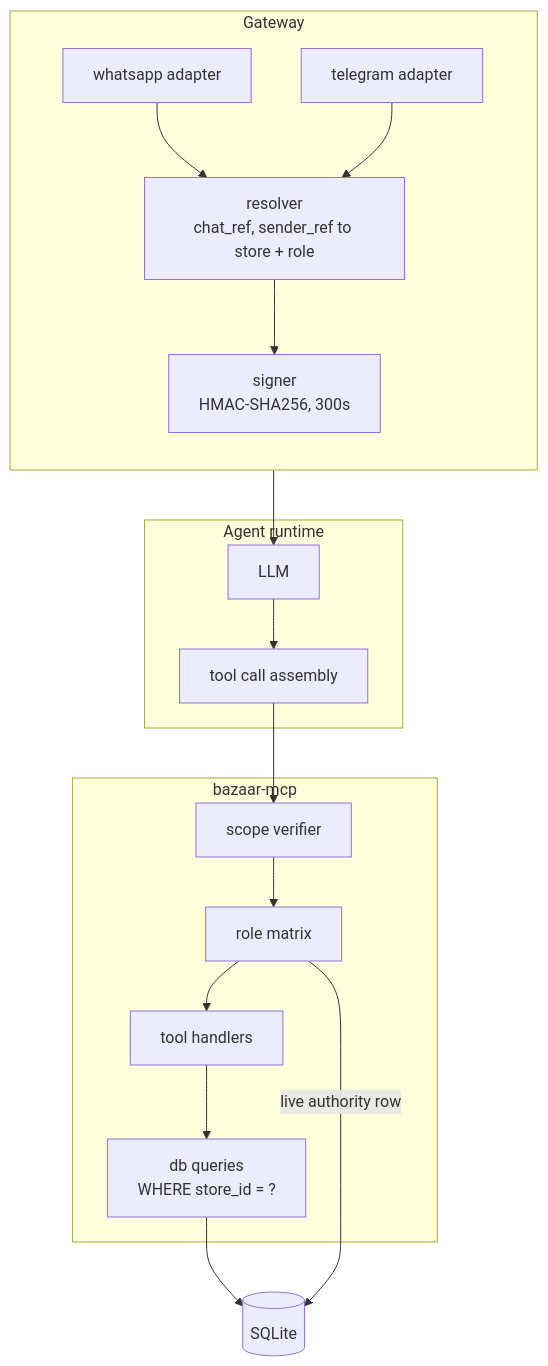
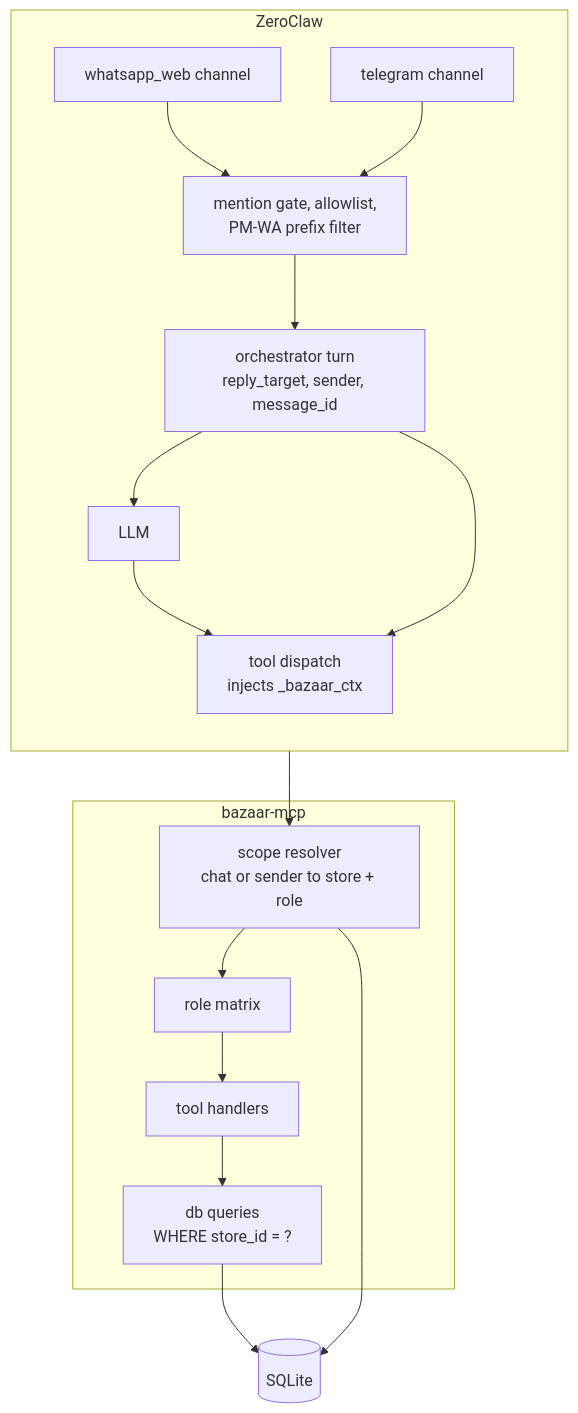
Before and after one commit to danielistyo/mini-bazaar: the second of 3 diagrams in docs/architecture.md, drawn with Mermaid. The commit also changed other lines of this file and 2 other files, not shown here.

First line of the commit message:
docs: reverse ADR 0001 to keep ZeroClaw as the identity source

````diff
--- a/docs/architecture.md
+++ b/docs/architecture.md
@@ -45,34 +44,32 @@
 ```mermaid
 flowchart TB
-    subgraph gw["Gateway"]
+    subgraph zc["ZeroClaw"]
         direction TB
-        ADW["whatsapp adapter"]
-        ADT["telegram adapter"]
-        RES["resolver<br/>chat_ref, sender_ref to store + role"]
-        SIGN["signer<br/>HMAC-SHA256, 300s"]
-        ADW --> RES
-        ADT --> RES
-        RES --> SIGN
-    end
-
-    subgraph ag["Agent runtime"]
+        ADW["whatsapp_web channel"]
+        ADT["telegram channel"]
+        GATE["mention gate, allowlist,<br/>PM-WA prefix filter"]
+        ORCH["orchestrator turn<br/>reply_target, sender, message_id"]
         LLM["LLM"]
-        TC["tool call assembly"]
-        LLM --> TC
+        DISP["tool dispatch<br/>injects _bazaar_ctx"]
+        ADW --> GATE
+        ADT --> GATE
+        GATE --> ORCH
+        ORCH --> LLM
+        LLM --> DISP
     end
 
     subgraph be["bazaar-mcp"]
-        VER["scope verifier"]
+        RES["scope resolver<br/>chat or sender to store + role"]
         ROL["role matrix"]
         HND["tool handlers"]
         QRY["db queries<br/>WHERE store_id = ?"]
-        VER --> ROL --> HND --> QRY
+        RES --> ROL --> HND --> QRY
     end
 
     DB[("SQLite")]
 
-    SIGN --> LLM
-    TC --> VER
+    ORCH --> DISP
+    DISP --> RES
     QRY --> DB
-    ROL -->|"live authority row"| DB
+    RES --> DB
 ```
````
